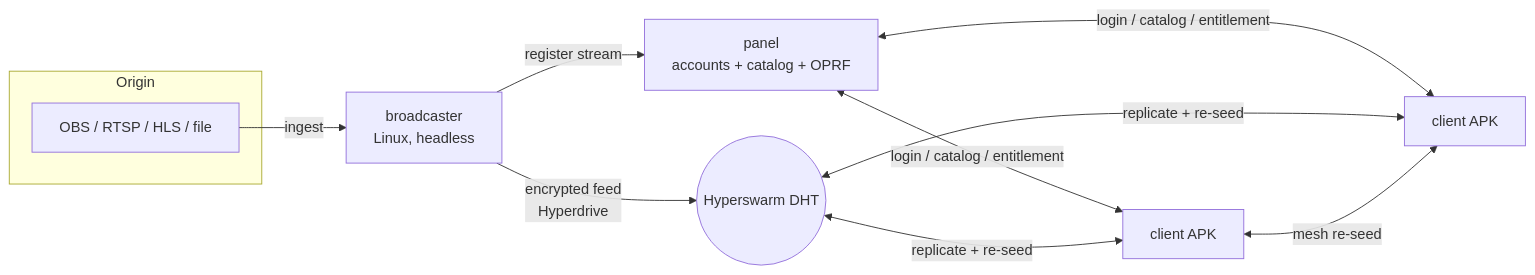
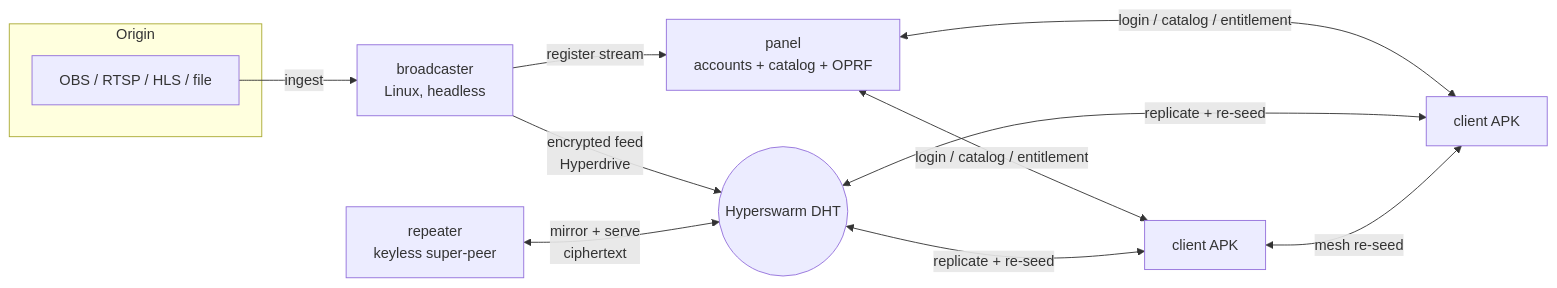
The first of 4 diagrams in docs/architecture.md (AbueloSimpson/aliran), drawn with Mermaid before and after one commit. The commit also changed other lines of this file and 9 other files, not shown here.

````diff
--- a/docs/architecture.md
+++ b/docs/architecture.md
@@ -7,14 +7,15 @@
 ```mermaid
 flowchart LR
   subgraph Origin
     OBS[OBS / RTSP / HLS / file]
   end
   OBS -->|ingest| B[broadcaster<br/>Linux, headless]
   B -->|encrypted feed<br/>Hyperdrive| SW((Hyperswarm DHT))
   B -->|register stream| P[panel<br/>accounts + catalog + OPRF]
+  R[repeater<br/>keyless super-peer] <-->|mirror + serve<br/>ciphertext| SW
   P <-->|login / catalog / entitlement| C1[client APK]
   P <-->|login / catalog / entitlement| C2[client APK]
   SW <-->|replicate + re-seed| C1
   SW <-->|replicate + re-seed| C2
   C1 <-->|mesh re-seed| C2
 ```
````
